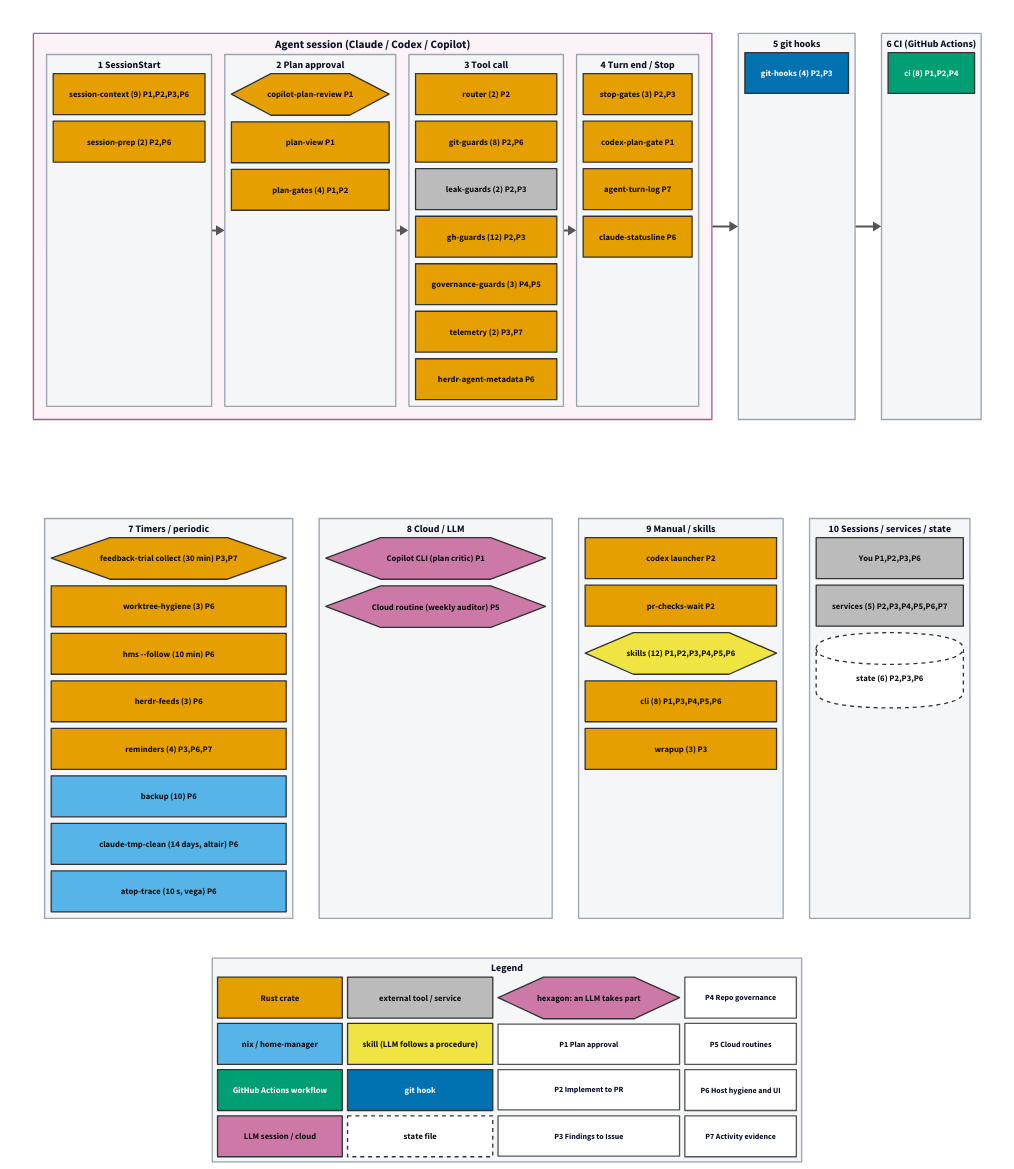
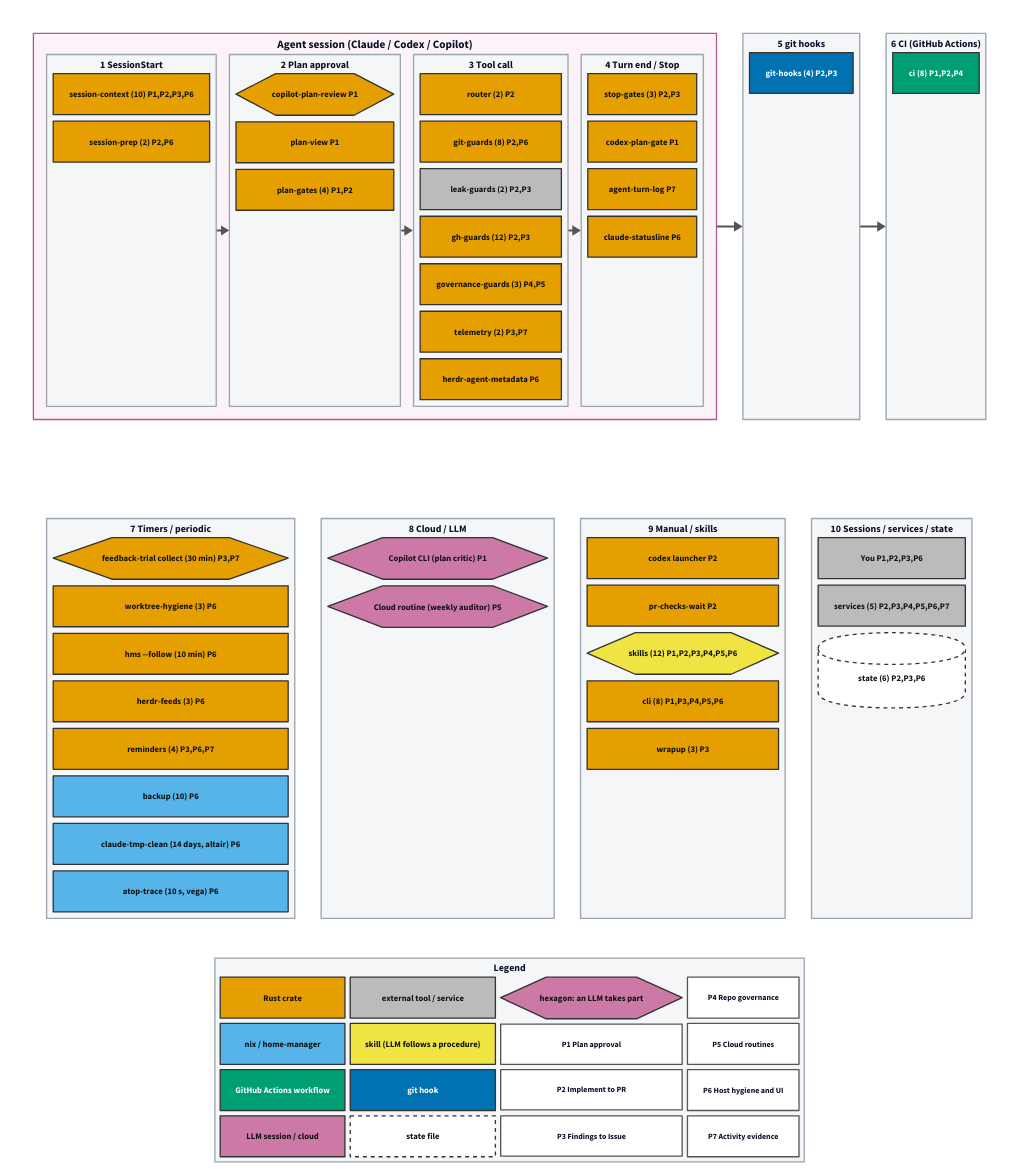
One commit to tarotene/dotfiles changed the diagram in docs/assets/pipeline-map/overview.d2. Above: the diagram before and after it, drawn with D2. The commit also changed 13 other files, not shown here.

```diff
--- a/docs/assets/pipeline-map/overview.d2
+++ b/docs/assets/pipeline-map/overview.d2
@@ -178,7 +178,7 @@
       class: lane
       grid-columns: 1
       grid-gap: 10
-      g_session_context: "session-context (9)  P1,P2,P3,P6" {
+      g_session_context: "session-context (10)  P1,P2,P3,P6" {
         class: s_rust
       }
       g_session_prep: "session-prep (2)  P2,P6" {
```
